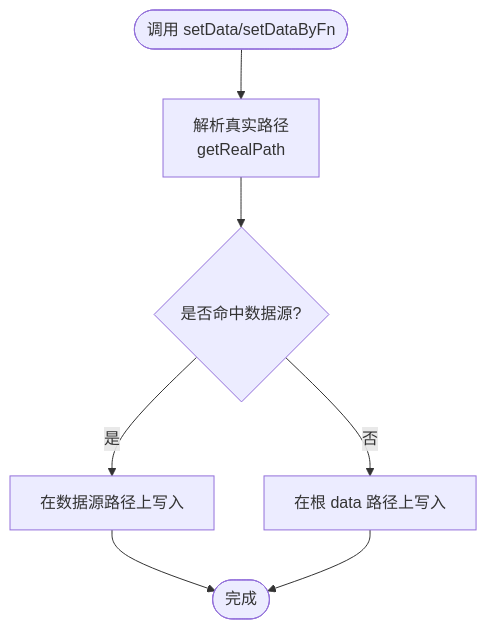
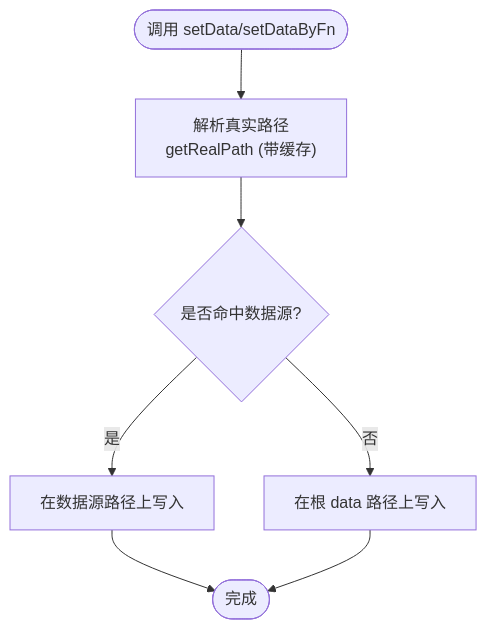
One commit to liqiongke/FrontArk changed the third of 9 diagrams in .qoder/repowiki/zh/content/框架核心/状态管理.md. Above: the diagram before and after it, drawn with Mermaid. The commit also changed other lines of this file and 25 other files, not shown here.

````diff
--- a/.qoder/repowiki/zh/content/框架核心/状态管理.md
+++ b/.qoder/repowiki/zh/content/框架核心/状态管理.md
@@ -135,9 +160,9 @@
 ```mermaid
 flowchart TD
-Start(["调用 setData/setDataByFn"]) --> Resolve["解析真实路径<br/>getRealPath"]
+Start(["调用 setData/setDataByFn"]) --> Resolve["解析真实路径<br/>getRealPath (带缓存)"]
 Resolve --> CheckDS{"是否命中数据源?"}
 CheckDS -- 是 --> ApplyDS["在数据源路径上写入"]
 CheckDS -- 否 --> ApplyRoot["在根 data 路径上写入"]
 ApplyDS --> Done(["完成"])
 ApplyRoot --> Done
 ```
````
